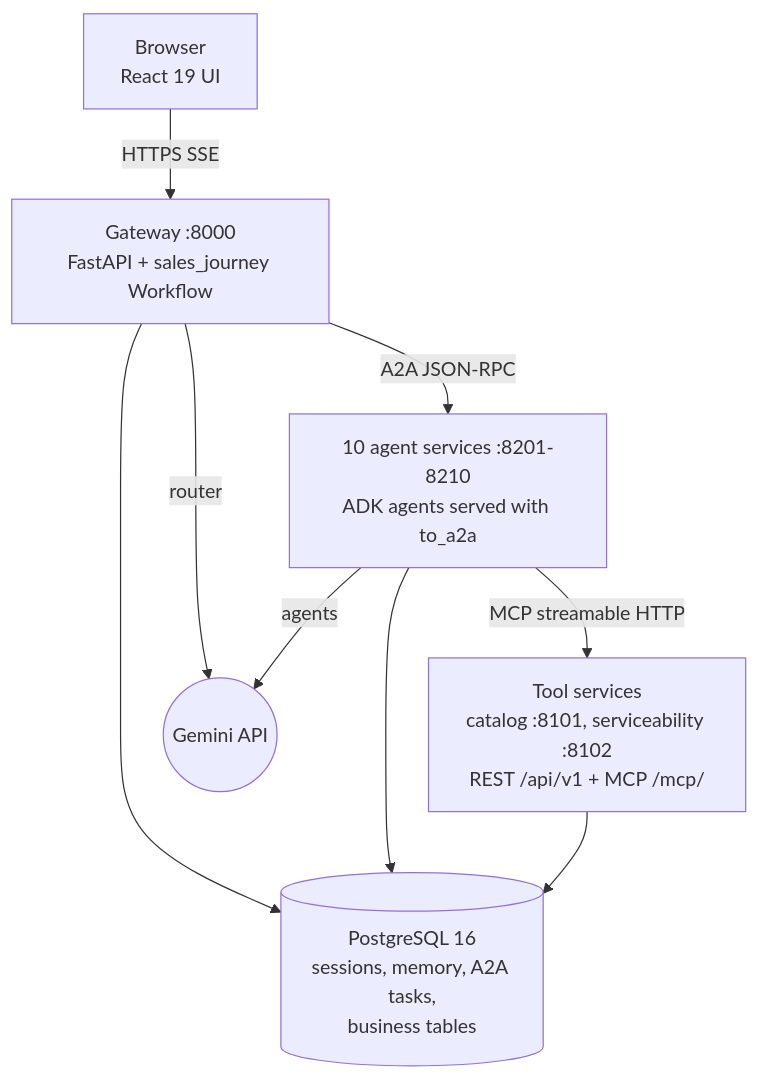
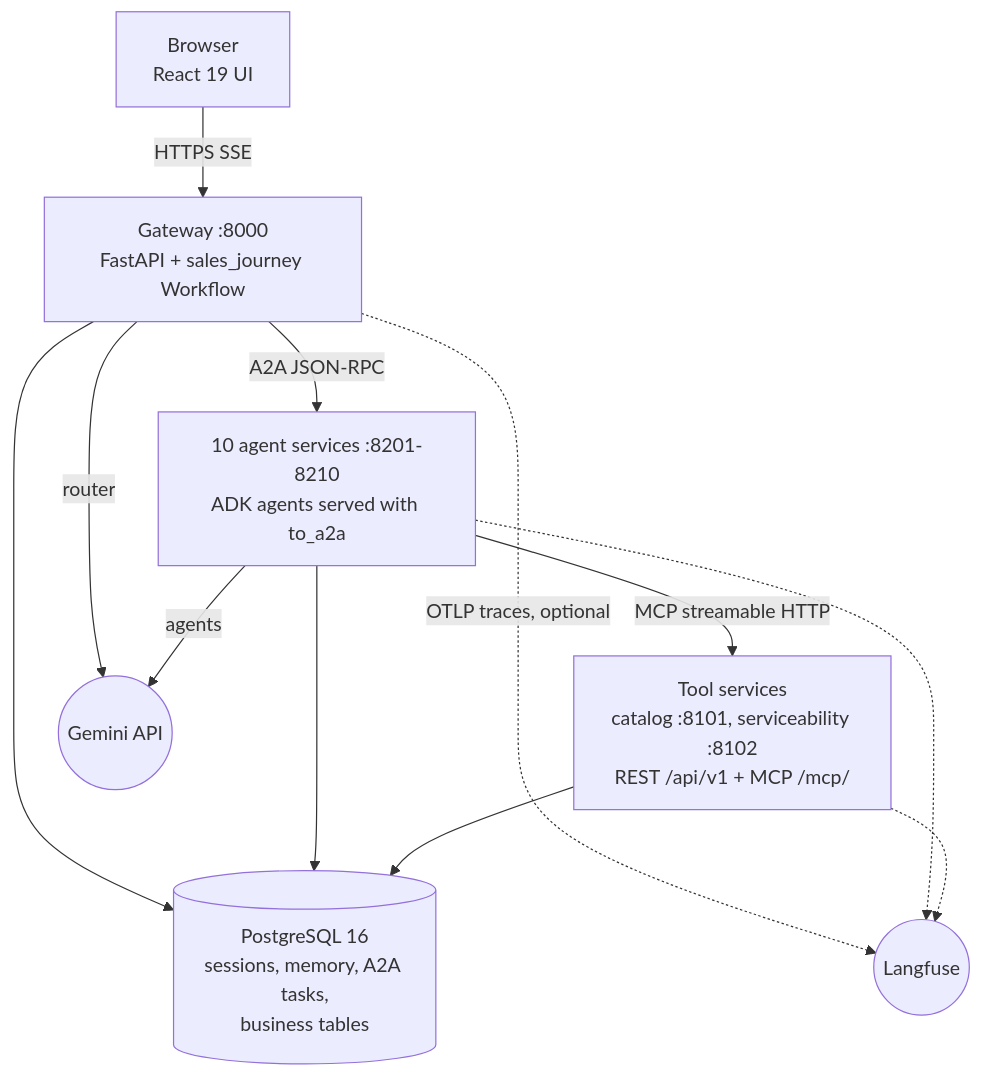
One commit to sudhamanc/ConversationalSalesAgent changed the first of 3 diagrams in README.md. Above: the diagram before and after it, drawn with Mermaid. The commit also changed other lines of this file and 52 other files, not shown here.

````diff
--- a/README.md
+++ b/README.md
@@ -22,11 +22,14 @@
 ```mermaid
 graph TD
     USER["Browser<br/>React 19 UI"] -->|HTTPS SSE| GW["Gateway :8000<br/>FastAPI + sales_journey Workflow"]
     GW -->|A2A JSON-RPC| AG["10 agent services :8201-8210<br/>ADK agents served with to_a2a"]
     AG -->|MCP streamable HTTP| TS["Tool services<br/>catalog :8101, serviceability :8102<br/>REST /api/v1 + MCP /mcp/"]
     GW --> PG[("PostgreSQL 16<br/>sessions, memory, A2A tasks,<br/>business tables")]
     AG --> PG
     TS --> PG
     GW -->|router| GEM(("Gemini API"))
     AG -->|agents| GEM
+    GW -.->|OTLP traces, optional| LF(("Langfuse"))
+    AG -.-> LF
+    TS -.-> LF
 ```
````
